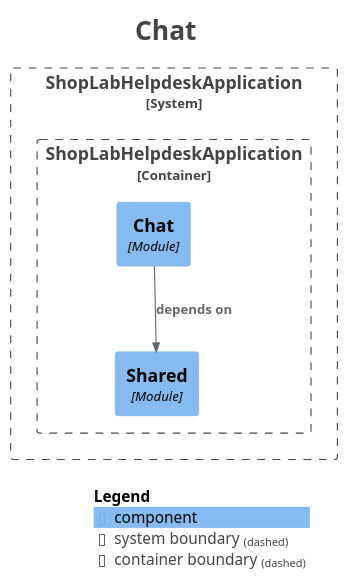
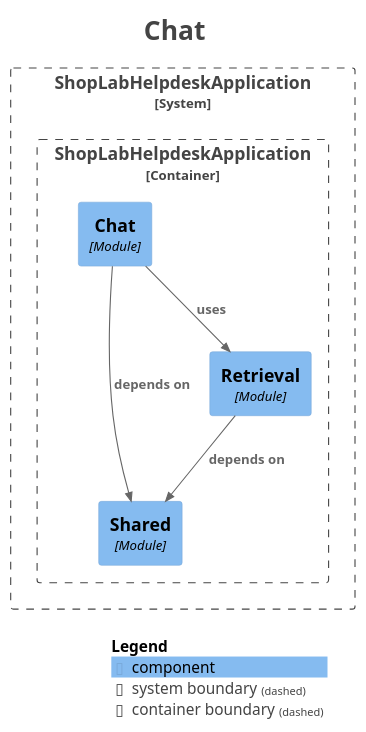
Before and after one commit to leandroAmariles/shoplab-helpdesk: the diagram in docs/modulos/module-chat.puml, drawn with PlantUML. The commit also changed 61 other files, not shown here.

Commit message:
feat(chat): [LAB-22] respuestas aumentadas con los documentos (RAG) (#94)

```diff
--- a/docs/modulos/module-chat.puml
+++ b/docs/modulos/module-chat.puml
@@ -1,30 +1,33 @@
 @startuml
 title <size:24>Chat</size>
 
 set separator none
 top to bottom direction
 
 <style>
   root {
     BackgroundColor: #ffffff
     FontColor: #444444
   }
 </style>
 
 !include <C4/C4>
 !include <C4/C4_Context>
 !include <C4/C4_Component>
 
 System_Boundary("ShopLabHelpdeskApplication_boundary", "ShopLabHelpdeskApplication", $tags="") {
   Container_Boundary("ShopLabHelpdeskApplication.ShopLabHelpdeskApplication_boundary", "ShopLabHelpdeskApplication", $tags="") {
     Component(ShopLabHelpdeskApplication.ShopLabHelpdeskApplication.Shared, "Shared", $techn="Module", $descr="", $tags="", $link="")
+    Component(ShopLabHelpdeskApplication.ShopLabHelpdeskApplication.Retrieval, "Retrieval", $techn="Module", $descr="", $tags="", $link="")
     Component(ShopLabHelpdeskApplication.ShopLabHelpdeskApplication.Chat, "Chat", $techn="Module", $descr="", $tags="", $link="")
   }
 
 }
 
+Rel(ShopLabHelpdeskApplication.ShopLabHelpdeskApplication.Chat, ShopLabHelpdeskApplication.ShopLabHelpdeskApplication.Retrieval, "uses", $techn="", $tags="", $link="")
 Rel(ShopLabHelpdeskApplication.ShopLabHelpdeskApplication.Chat, ShopLabHelpdeskApplication.ShopLabHelpdeskApplication.Shared, "depends on", $techn="", $tags="", $link="")
+Rel(ShopLabHelpdeskApplication.ShopLabHelpdeskApplication.Retrieval, ShopLabHelpdeskApplication.ShopLabHelpdeskApplication.Shared, "depends on", $techn="", $tags="", $link="")
 
 SHOW_LEGEND(true)
 hide stereotypes
 @enduml
```
